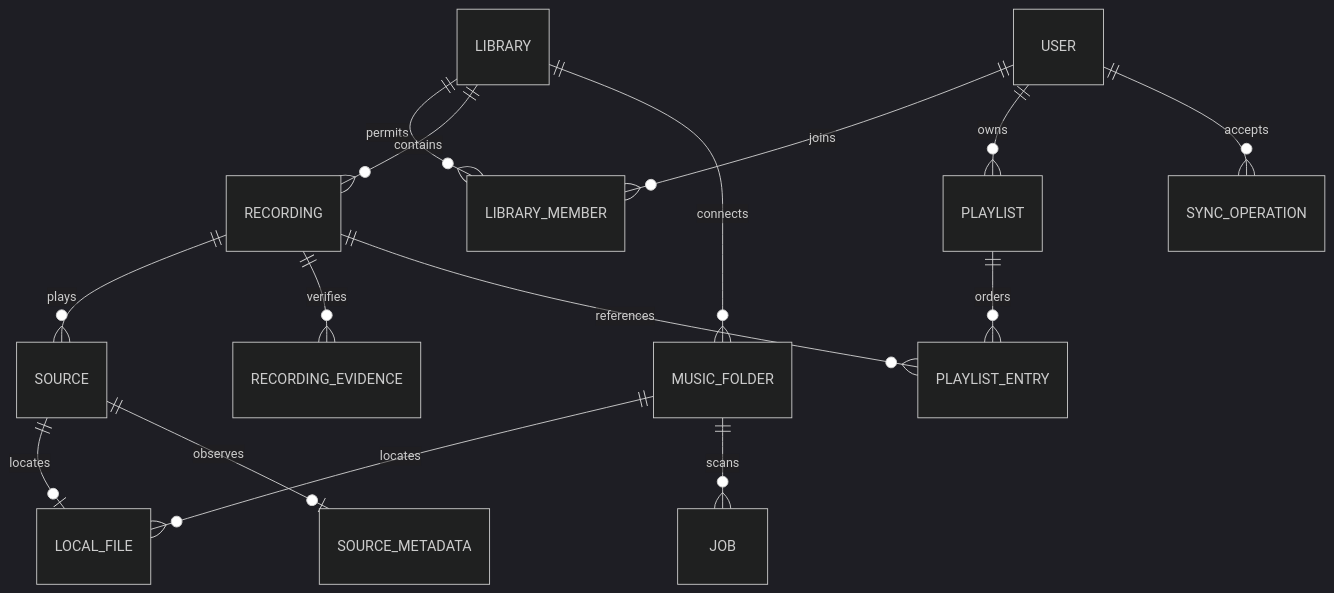
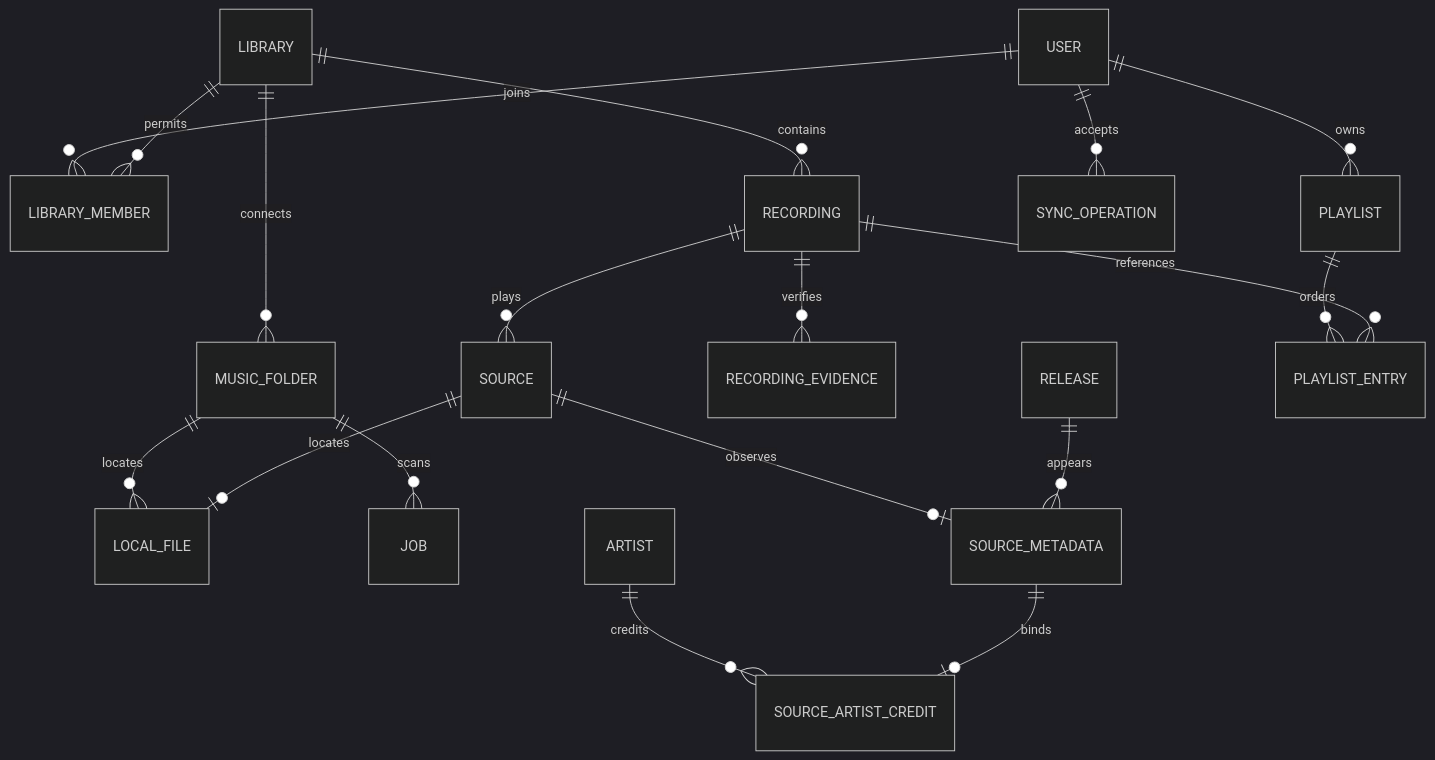
One commit to acidiney/hitoapp changed the second of 4 diagrams in docs/architecture.md. Above: the diagram before and after it, drawn with Mermaid (dark theme). The commit also changed other lines of this file and 2 other files, not shown here.

Commit message:
docs: explain artist credits album appearances and playback limits

````diff
--- a/docs/architecture.md
+++ b/docs/architecture.md
@@ -32,17 +32,20 @@
 ```mermaid
 erDiagram
   USER ||--o{ LIBRARY_MEMBER : joins
   LIBRARY ||--o{ LIBRARY_MEMBER : permits
   LIBRARY ||--o{ RECORDING : contains
   LIBRARY ||--o{ MUSIC_FOLDER : connects
   MUSIC_FOLDER ||--o{ LOCAL_FILE : locates
   MUSIC_FOLDER ||--o{ JOB : scans
   RECORDING ||--o{ SOURCE : plays
   RECORDING ||--o{ RECORDING_EVIDENCE : verifies
   SOURCE ||--o| LOCAL_FILE : locates
   SOURCE ||--o| SOURCE_METADATA : observes
+  ARTIST ||--o{ SOURCE_ARTIST_CREDIT : credits
+  SOURCE_METADATA ||--o| SOURCE_ARTIST_CREDIT : binds
+  RELEASE ||--o{ SOURCE_METADATA : appears
   USER ||--o{ PLAYLIST : owns
   PLAYLIST ||--o{ PLAYLIST_ENTRY : orders
   RECORDING ||--o{ PLAYLIST_ENTRY : references
   USER ||--o{ SYNC_OPERATION : accepts
 ```
````
